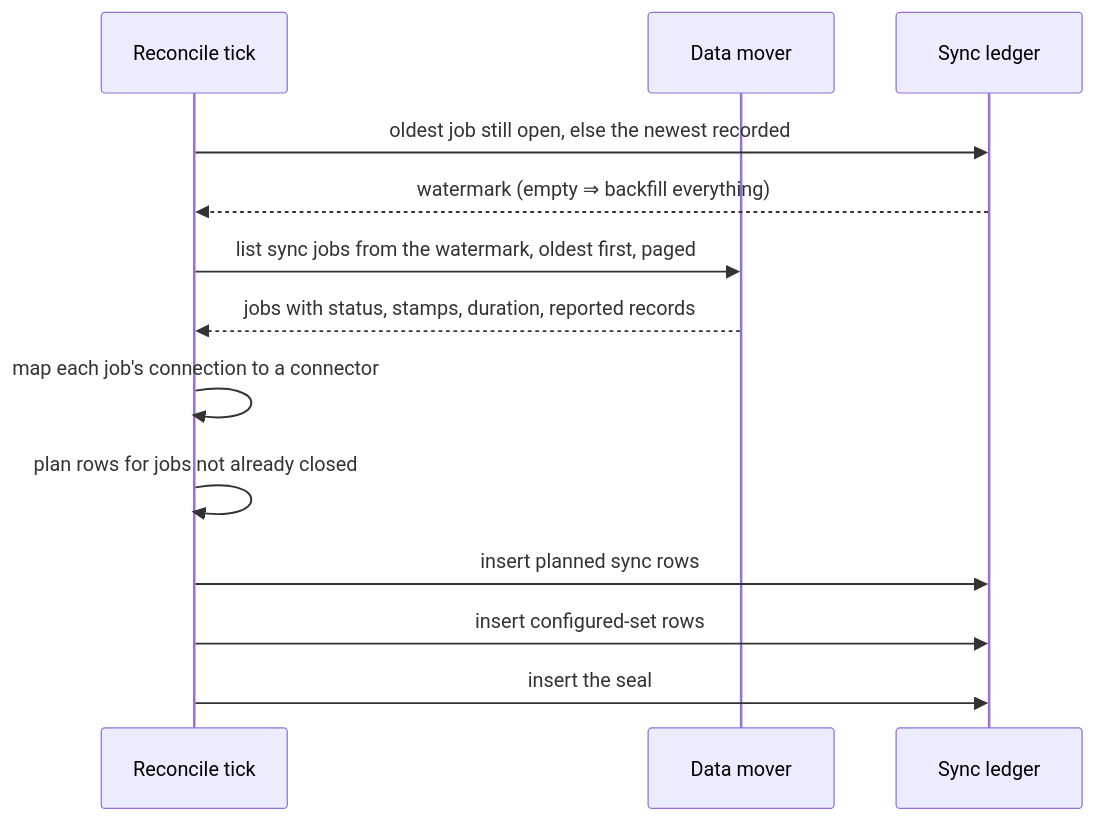
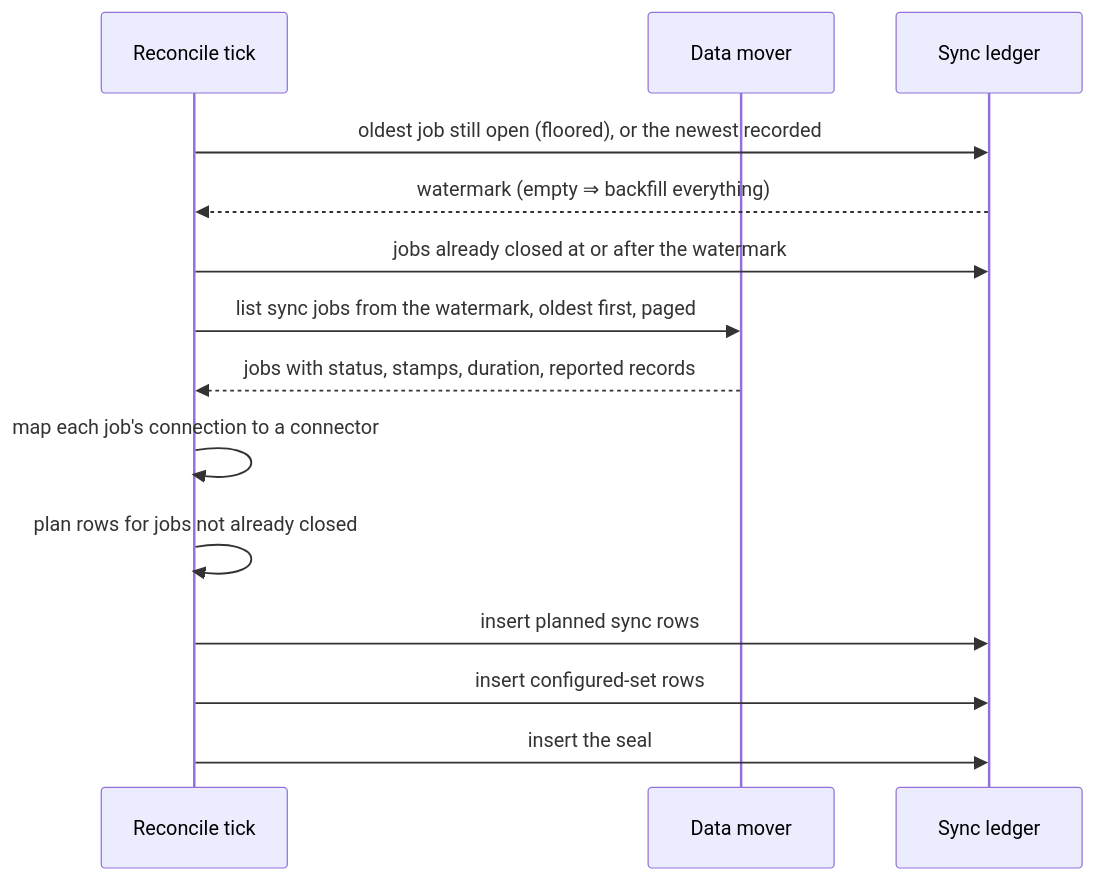
Before and after one commit to constructorfabric/insight: the first of 2 diagrams in docs/components/backend/analytics/specs/connector-health/DESIGN.md, drawn with Mermaid. The commit also changed other lines of this file and 24 other files, not shown here.

````diff
--- a/docs/components/backend/analytics/specs/connector-health/DESIGN.md
+++ b/docs/components/backend/analytics/specs/connector-health/DESIGN.md
@@ -450,16 +477,17 @@
 ```mermaid
 sequenceDiagram
     participant R as Reconcile tick
     participant M as Data mover
     participant L as Sync ledger
 
-    R->>L: oldest job still open, else the newest recorded
+    R->>L: oldest job still open (floored), or the newest recorded
     L-->>R: watermark (empty ⇒ backfill everything)
+    R->>L: jobs already closed at or after the watermark
     R->>M: list sync jobs from the watermark, oldest first, paged
     M-->>R: jobs with status, stamps, duration, reported records
     R->>R: map each job's connection to a connector
     R->>R: plan rows for jobs not already closed
     R->>L: insert planned sync rows
     R->>L: insert configured-set rows
     R->>L: insert the seal
 ```
````
